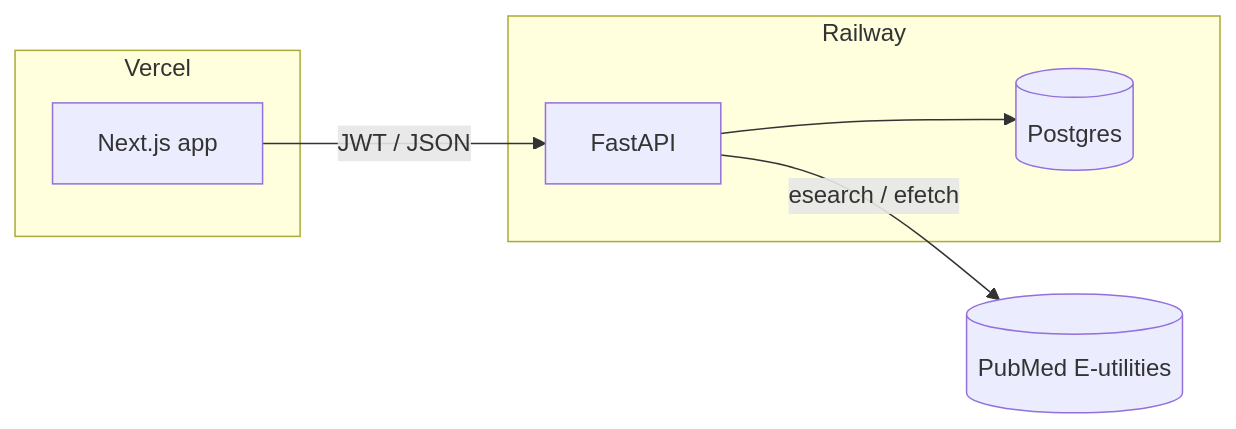
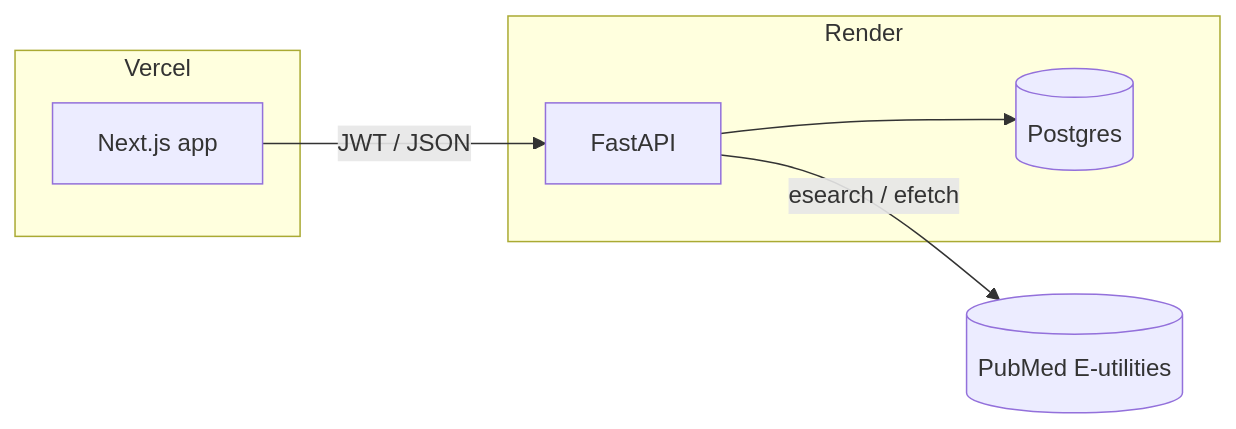
One commit to VishnuDatta510/YouPlusMeThreeMama changed the diagram in README.md. Above: the diagram before and after it, drawn with Mermaid. The commit also changed other lines of this file and 5 other files, not shown here.

Commit message:
Deploy the backend on Render via a Blueprint instead of Railway

````diff
--- a/README.md
+++ b/README.md
@@ -76,14 +76,14 @@
 ```mermaid
 flowchart LR
   subgraph Vercel
     UI[Next.js app]
   end
-  subgraph Railway
+  subgraph Render
     API[FastAPI]
     DB[(Postgres)]
   end
   NCBI[(PubMed E-utilities)]
   UI -- JWT / JSON --> API
   API -- esearch / efetch --> NCBI
   API --> DB
 ```
````
